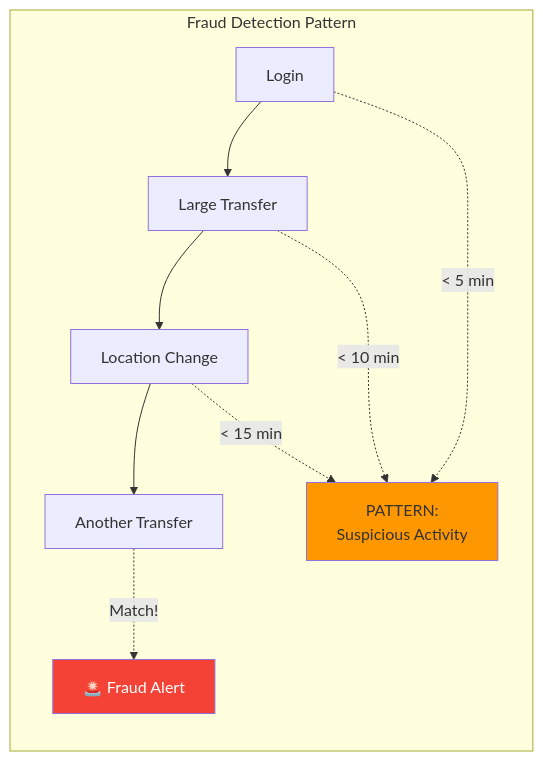
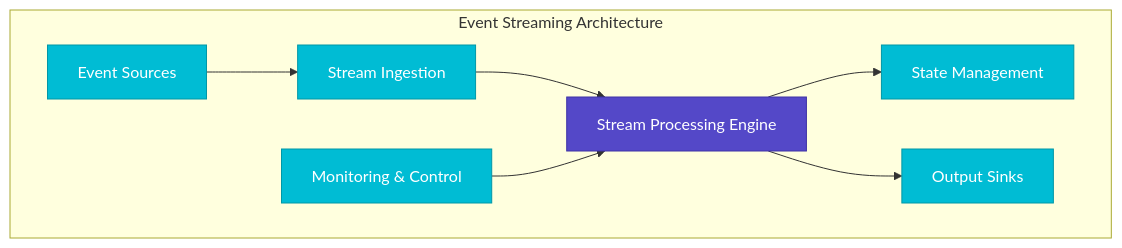
Before and after one commit to deepaucksharma/DStudio: the second of 6 diagrams in docs/pattern-library/architecture/event-streaming.md, drawn with Mermaid. The commit also changed other lines of this file and 5 other files, not shown here.

````diff
--- a/docs/pattern-library/architecture/event-streaming.md
+++ b/docs/pattern-library/architecture/event-streaming.md
@@ -548,16 +125,17 @@
 ```mermaid
-graph LR
-    subgraph "Fraud Detection Pattern"
-        E1[Login] --> E2[Large Transfer]
-        E2 --> E3[Location Change]
-        E3 --> E4[Another Transfer]
+graph TB
+    subgraph "Event Streaming Architecture"
+        A[Event Sources] --> B[Stream Ingestion]
+        B --> C[Stream Processing Engine]
+        C --> D[State Management]
+        C --> E[Output Sinks]
         
-        E1 -.->|"< 5 min"| Pattern[PATTERN:<br/>Suspicious Activity]
-        E2 -.->|"< 10 min"| Pattern
-        E3 -.->|"< 15 min"| Pattern
-        E4 -.->|Match!| Alert[🚨 Fraud Alert]
+        F[Monitoring & Control] --> C
     end
     
-    style Pattern fill:#ff9800
-    style Alert fill:#f44336,color:#fff
+    classDef primary fill:#5448C8,stroke:#3f33a6,color:#fff
+    classDef secondary fill:#00BCD4,stroke:#0097a7,color:#fff
+    
+    class C primary
+    class A,B,D,E,F secondary
 ```
````
